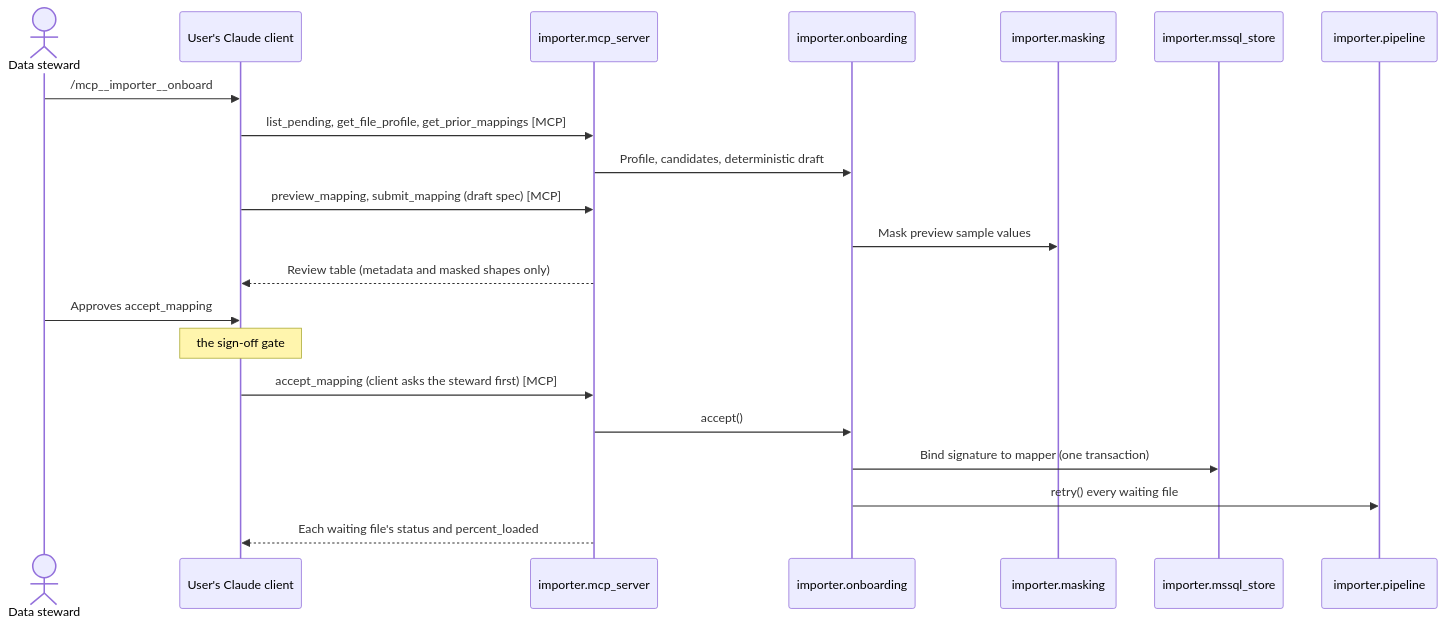
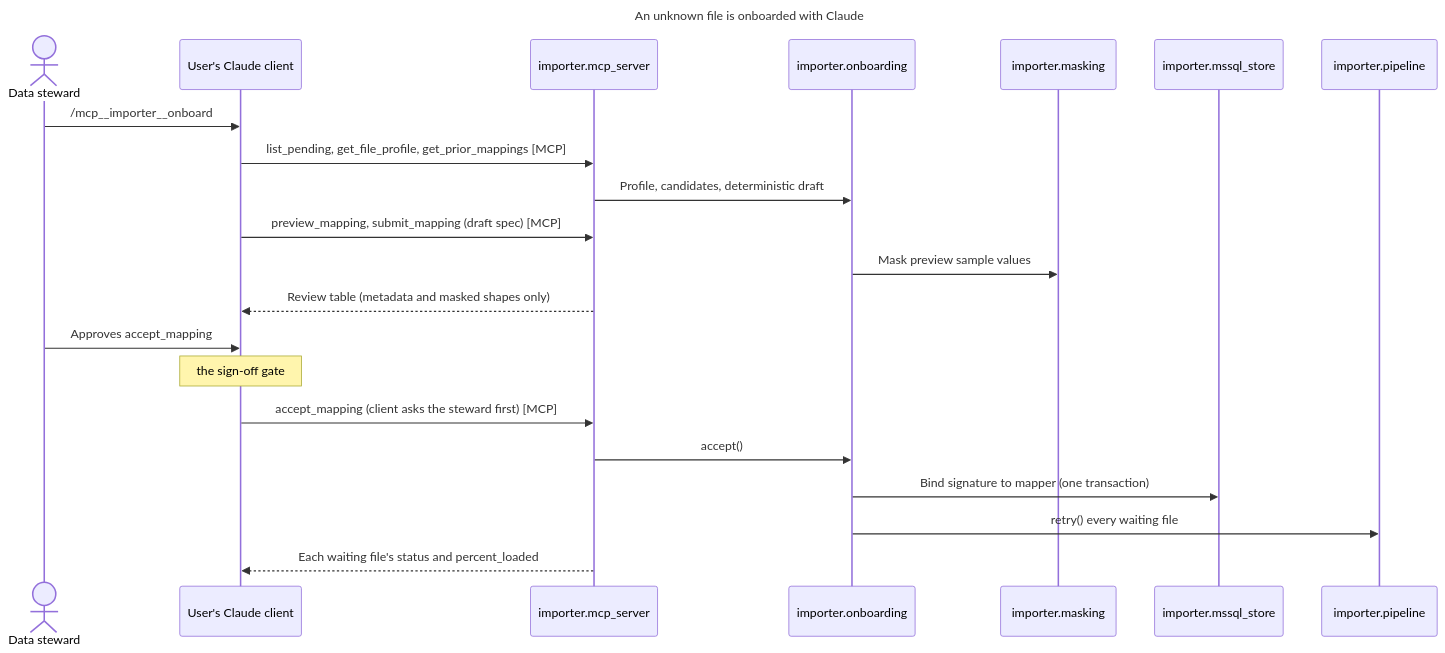
Before and after one commit to SqlDataSpire/AIDataImportAgentMCP: the diagram in docs/architecture/c4/c4-flow-onboard-unknown-file.mmd, drawn with Mermaid. The commit also changed 30 other files, not shown here.

Commit message:
docs(architecture): refresh C4 diagrams to v3.5.1 and add ArchitectureReview.md

```diff
--- a/docs/architecture/c4/c4-flow-onboard-unknown-file.mmd
+++ b/docs/architecture/c4/c4-flow-onboard-unknown-file.mmd
@@ -1,21 +1,24 @@
+---
+title: "An unknown file is onboarded with Claude"
+---
 sequenceDiagram
     actor steward as Data steward
     participant claude_client as User's Claude client
     participant importer_mcp_server as importer.mcp_server
     participant importer_onboarding as importer.onboarding
     participant importer_masking as importer.masking
     participant importer_mssql_store as importer.mssql_store
     participant importer_pipeline as importer.pipeline
     steward->>claude_client: /mcp__importer__onboard
     claude_client->>importer_mcp_server: list_pending, get_file_profile, get_prior_mappings [MCP]
     importer_mcp_server->>importer_onboarding: Profile, candidates, deterministic draft
     claude_client->>importer_mcp_server: preview_mapping, submit_mapping (draft spec) [MCP]
     importer_onboarding->>importer_masking: Mask preview sample values
     importer_mcp_server-->>claude_client: Review table (metadata and masked shapes only)
     steward->>claude_client: Approves accept_mapping
     Note over claude_client: the sign-off gate
     claude_client->>importer_mcp_server: accept_mapping (client asks the steward first) [MCP]
     importer_mcp_server->>importer_onboarding: accept()
     importer_onboarding->>importer_mssql_store: Bind signature to mapper (one transaction)
     importer_onboarding->>importer_pipeline: retry() every waiting file
     importer_mcp_server-->>claude_client: Each waiting file's status and percent_loaded
```
